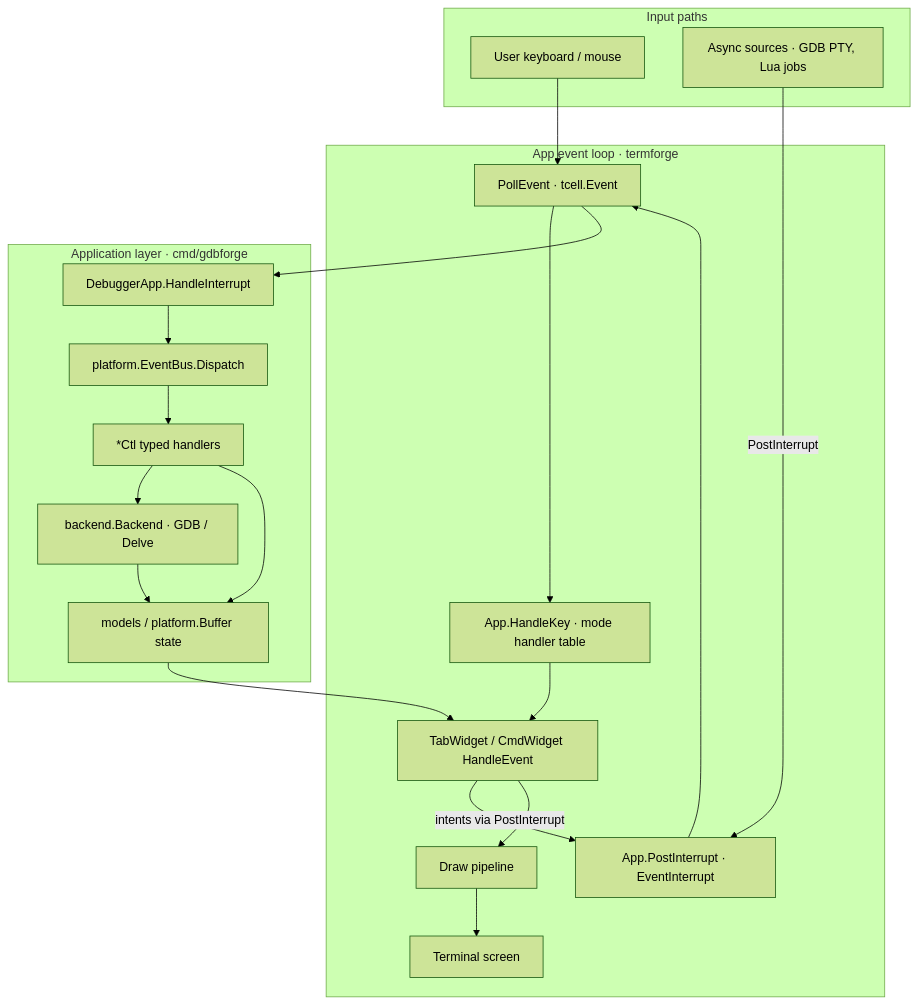
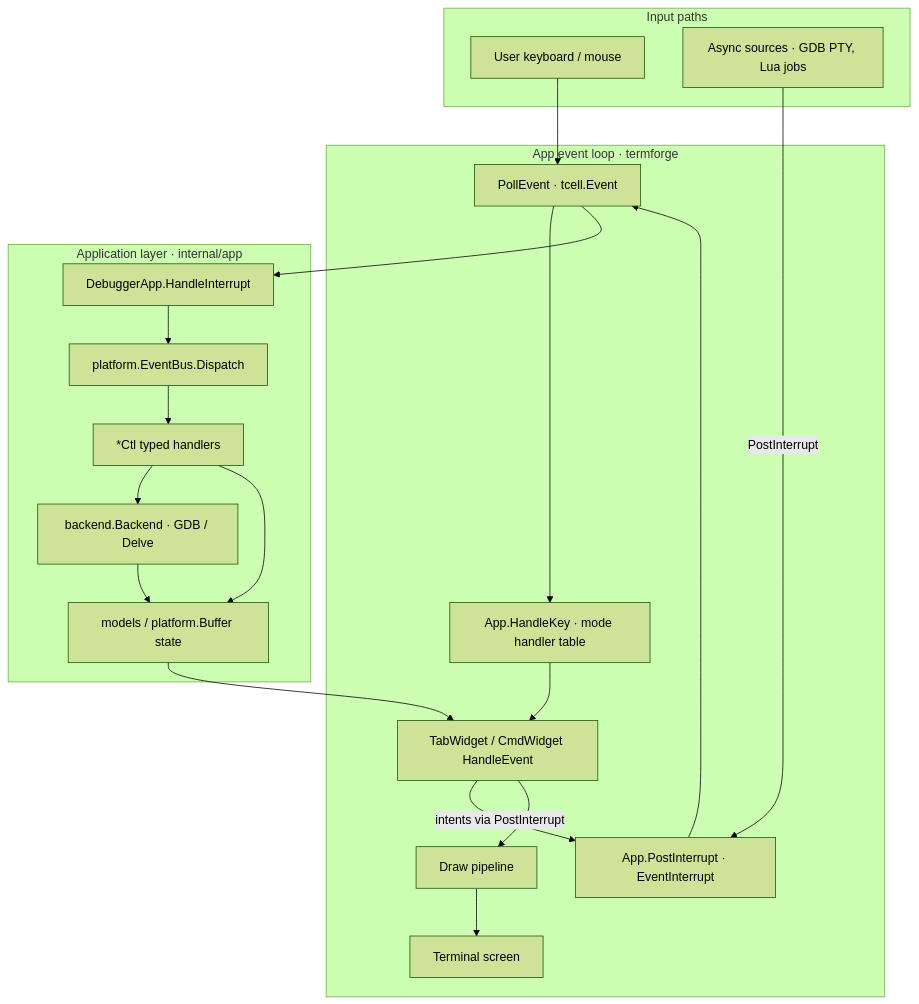
Before and after one commit to yairgd/gdbforge: the eighth of 11 diagrams in docs/ARCHITECTURE.md, drawn with Mermaid (forest theme). The commit also changed other lines of this file and 160 other files, not shown here.

````diff
--- a/docs/ARCHITECTURE.md
+++ b/docs/ARCHITECTURE.md
@@ -790,38 +790,38 @@
 ```mermaid
 flowchart TB
     subgraph Input["Input paths"]
         User["User keyboard / mouse"]
         Async["Async sources · GDB PTY, Lua jobs"]
     end
 
     subgraph Loop["App event loop · termforge"]
         Poll["PollEvent · tcell.Event"]
         KeyRoute["App.HandleKey · mode handler table"]
         Widgets["TabWidget / CmdWidget HandleEvent"]
         Interrupt["App.PostInterrupt · EventInterrupt"]
         Draw["Draw pipeline"]
         Screen["Terminal screen"]
     end
 
-    subgraph AppLayer["Application layer · cmd/gdbforge"]
+    subgraph AppLayer["Application layer · internal/app"]
         HI["DebuggerApp.HandleInterrupt"]
         Bus["platform.EventBus.Dispatch"]
         Ctls["*Ctl typed handlers"]
         Debugger["backend.Backend · GDB / Delve"]
         Model["models / platform.Buffer state"]
     end
 
     User --> Poll
     Poll --> KeyRoute --> Widgets
     Widgets -->|"intents via PostInterrupt"| Interrupt
     Async -->|"PostInterrupt"| Interrupt
     Interrupt --> Poll
     Poll --> HI
     HI --> Bus --> Ctls
     Ctls --> Debugger
     Debugger --> Model
     Ctls --> Model
     Model --> Widgets
     Widgets --> Draw
     Draw --> Screen
 ```
````
